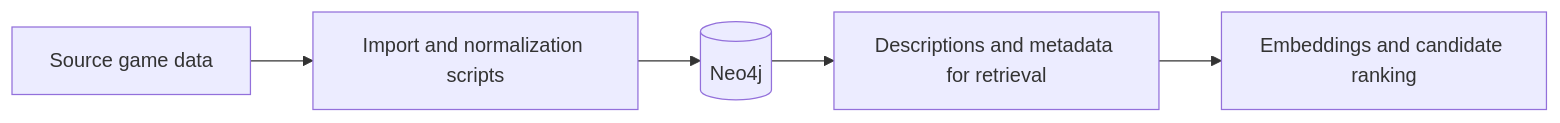
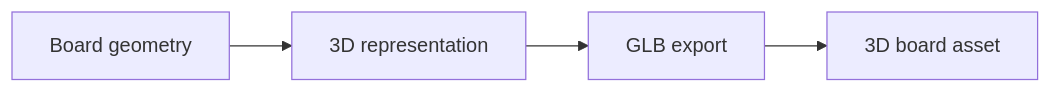
The fifth of 6 diagrams in README.md (salma12814/ludii-game-intelligence), drawn with Mermaid before and after one commit. The commit also changed other lines of this file, not shown here.

````diff
--- a/README.md
+++ b/README.md
@@ -141,7 +154,6 @@
 ```mermaid
 flowchart LR
-    SRC[Source game data] --> IMP[Import and normalization scripts]
-    IMP --> GRAPH[(Neo4j)]
-    GRAPH --> CORPUS[Descriptions and metadata for retrieval]
-    CORPUS --> EMB[Embeddings and candidate ranking]
+    GEOMETRY[Board geometry] --> REPRESENT[3D representation]
+    REPRESENT --> EXPORT[GLB export]
+    EXPORT --> ASSET[3D board asset]
 ```
````
